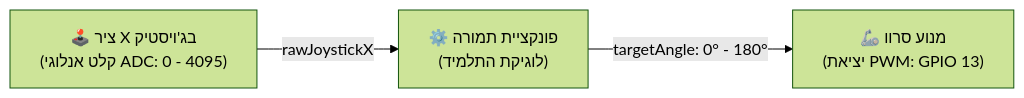
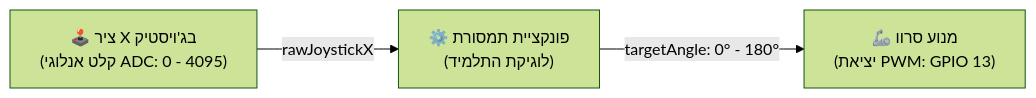
The second of 2 diagrams in README.md (hfs-multitech/c11-hadar-joystick-servo-intergartion), drawn with Mermaid (forest theme) before and after one commit. The commit also changed other lines of this file, not shown here.

````diff
--- a/README.md
+++ b/README.md
@@ -63,5 +63,5 @@
 ```mermaid
 graph LR
-    A["🕹️ ציר X בג'ויסטיק<br/>(קלט אנלוגי ADC: 0 - 4095)"] -->|rawJoystickX| B["⚙️ פונקציית תמורה<br/>(לוגיקת התלמיד)"]
+    A["🕹️ ציר X בג'ויסטיק<br/>(קלט אנלוגי ADC: 0 - 4095)"] -->|rawJoystickX| B["⚙️ פונקציית תמסורת<br/>(לוגיקת התלמיד)"]
     B -->|targetAngle: 0° - 180°| C["🦾 מנוע סרוו<br/>(יציאת PWM: GPIO 13)"]
 ```
````
